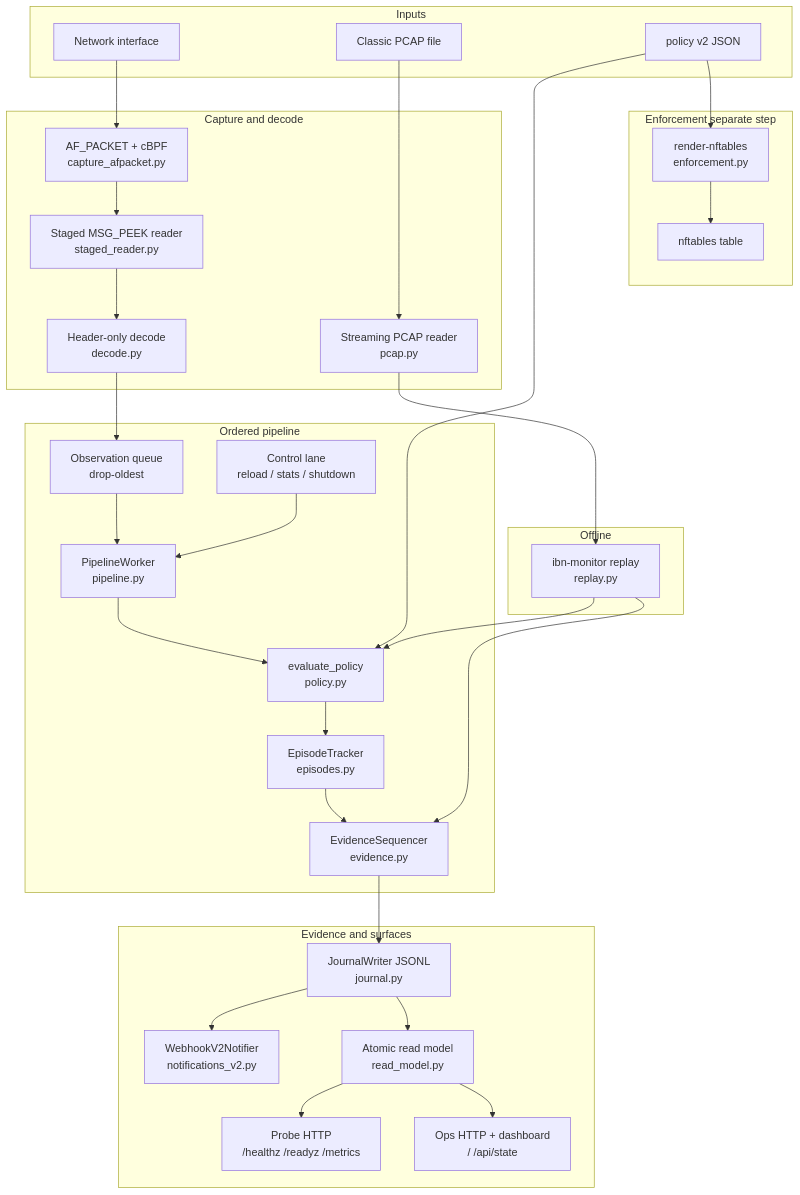
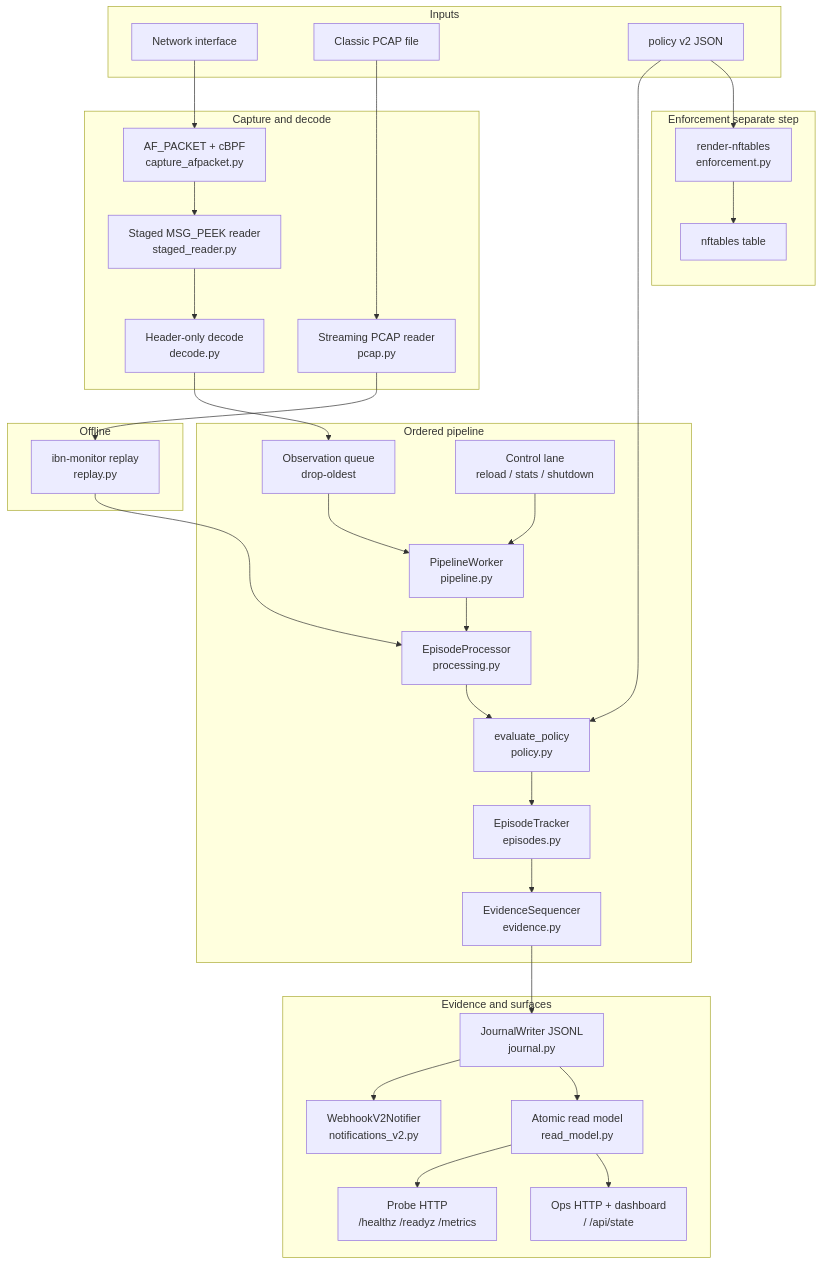
The diagram in README.md (Ovotron-net/vigilant-chainsaw), drawn with Mermaid before and after one commit. The commit also changed other lines of this file and 8 other files, not shown here.

First line of the commit message:
refactor: deepen episode processing into one EpisodeProcessor

````diff
--- a/README.md
+++ b/README.md
@@ -85,57 +85,57 @@
 ```mermaid
 flowchart TD
     subgraph inputs [Inputs]
         NIC[Network interface]
         PCAP[Classic PCAP file]
         POLCFG[policy v2 JSON]
     end
 
     subgraph capture [Capture and decode]
         AFP[AF_PACKET + cBPF<br/>capture_afpacket.py]
         STG[Staged MSG_PEEK reader<br/>staged_reader.py]
         DEC[Header-only decode<br/>decode.py]
         PCP[Streaming PCAP reader<br/>pcap.py]
     end
 
     subgraph pipeline [Ordered pipeline]
         OQ[Observation queue<br/>drop-oldest]
         CTL[Control lane<br/>reload / stats / shutdown]
         WORK[PipelineWorker<br/>pipeline.py]
+        PROC[EpisodeProcessor<br/>processing.py]
         MATCH[evaluate_policy<br/>policy.py]
         EP[EpisodeTracker<br/>episodes.py]
         SEQ[EvidenceSequencer<br/>evidence.py]
     end
 
     subgraph outputs [Evidence and surfaces]
         JRN[JournalWriter JSONL<br/>journal.py]
         WH[WebhookV2Notifier<br/>notifications_v2.py]
         RM[Atomic read model<br/>read_model.py]
         PROBE[Probe HTTP<br/>/healthz /readyz /metrics]
         OPS[Ops HTTP + dashboard<br/>/ /api/state]
     end
 
     subgraph offline [Offline]
         RPL[ibn-monitor replay<br/>replay.py]
     end
 
     subgraph enforce [Enforcement separate step]
         RNF[render-nftables<br/>enforcement.py]
         NFT[nftables table]
     end
 
     NIC --> AFP --> STG --> DEC --> OQ
     PCAP --> PCP --> RPL
-    RPL --> MATCH
+    RPL --> PROC
     POLCFG --> MATCH
     POLCFG --> RNF
     OQ --> WORK
     CTL --> WORK
-    WORK --> MATCH --> EP --> SEQ
+    WORK --> PROC --> MATCH --> EP --> SEQ
     SEQ --> JRN
     JRN --> WH
     JRN --> RM
     RM --> PROBE
     RM --> OPS
     RNF --> NFT
-    RPL --> SEQ
 ```
````
